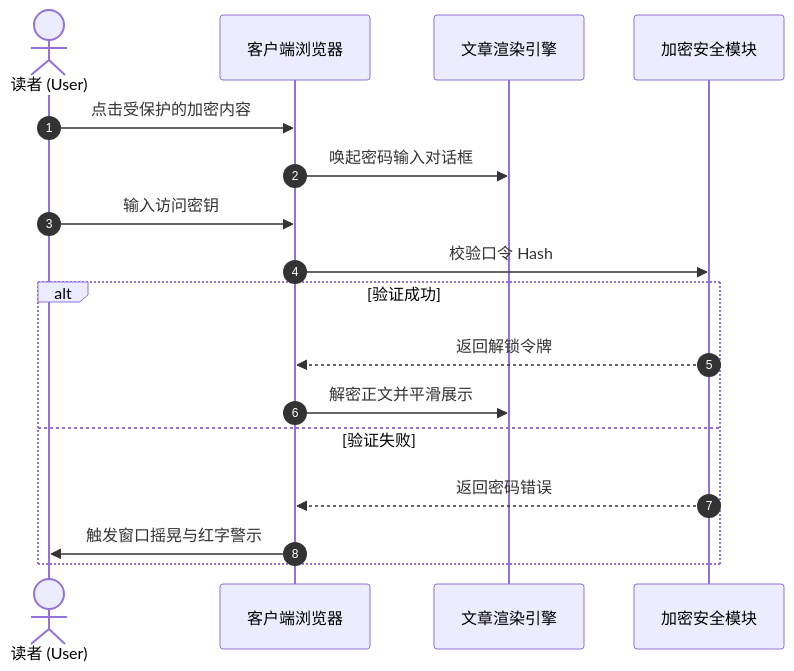
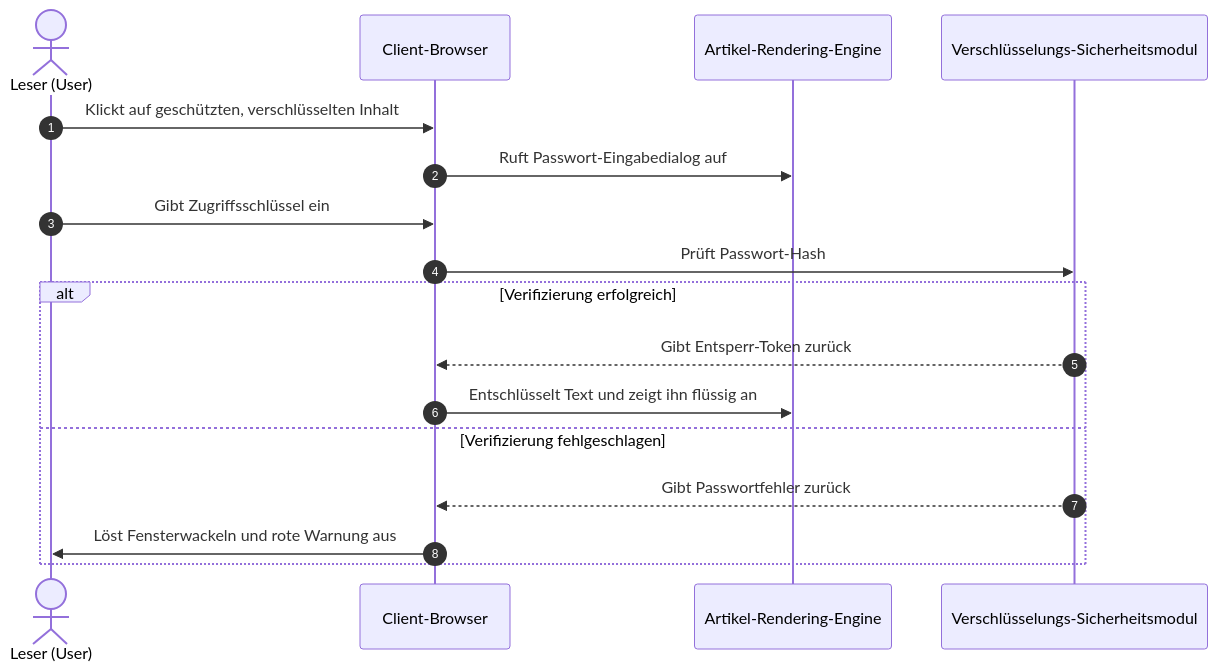
Before and after one commit to shijianus/astro-theme-shijianus: the second of 2 diagrams in src/content/posts/content-formats-and-markup-mastery-de.md, drawn with Mermaid. The commit also changed other lines of this file and 10 other files, not shown here.

````diff
--- a/src/content/posts/content-formats-and-markup-mastery-de.md
+++ b/src/content/posts/content-formats-and-markup-mastery-de.md
@@ -987,20 +997,20 @@
 ```mermaid
 sequenceDiagram
     autonumber
-    actor User as 读者 (User)
-    participant Browser as 客户端浏览器
-    participant PostPage as 文章渲染引擎
-    participant Security as 加密安全模块
+    actor User as Leser (User)
+    participant Browser as Client-Browser
+    participant PostPage as Artikel-Rendering-Engine
+    participant Security as Verschlüsselungs-Sicherheitsmodul
 
-    User->>Browser: 点击受保护的加密内容
-    Browser->>PostPage: 唤起密码输入对话框
-    User->>Browser: 输入访问密钥
-    Browser->>Security: 校验口令 Hash
-    alt 验证成功
-        Security-->>Browser: 返回解锁令牌
-        Browser->>PostPage: 解密正文并平滑展示
-    else 验证失败
-        Security-->>Browser: 返回密码错误
-        Browser->>User: 触发窗口摇晃与红字警示
+    User->>Browser: Klickt auf geschützten, verschlüsselten Inhalt
+    Browser->>PostPage: Ruft Passwort-Eingabedialog auf
+    User->>Browser: Gibt Zugriffsschlüssel ein
+    Browser->>Security: Prüft Passwort-Hash
+    alt Verifizierung erfolgreich
+        Security-->>Browser: Gibt Entsperr-Token zurück
+        Browser->>PostPage: Entschlüsselt Text und zeigt ihn flüssig an
+    else Verifizierung fehlgeschlagen
+        Security-->>Browser: Gibt Passwortfehler zurück
+        Browser->>User: Löst Fensterwackeln und rote Warnung aus
     end
 ```
````
